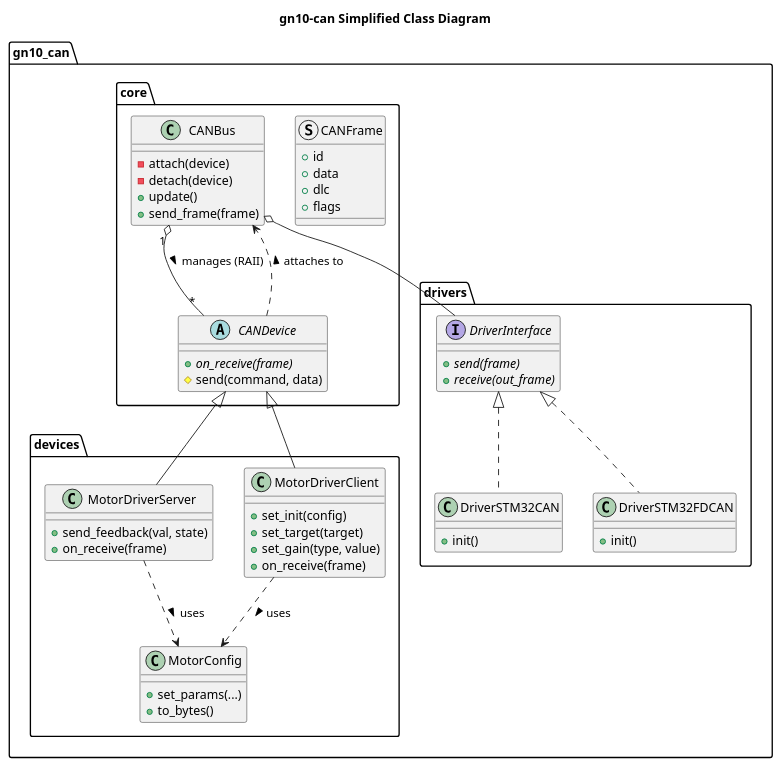
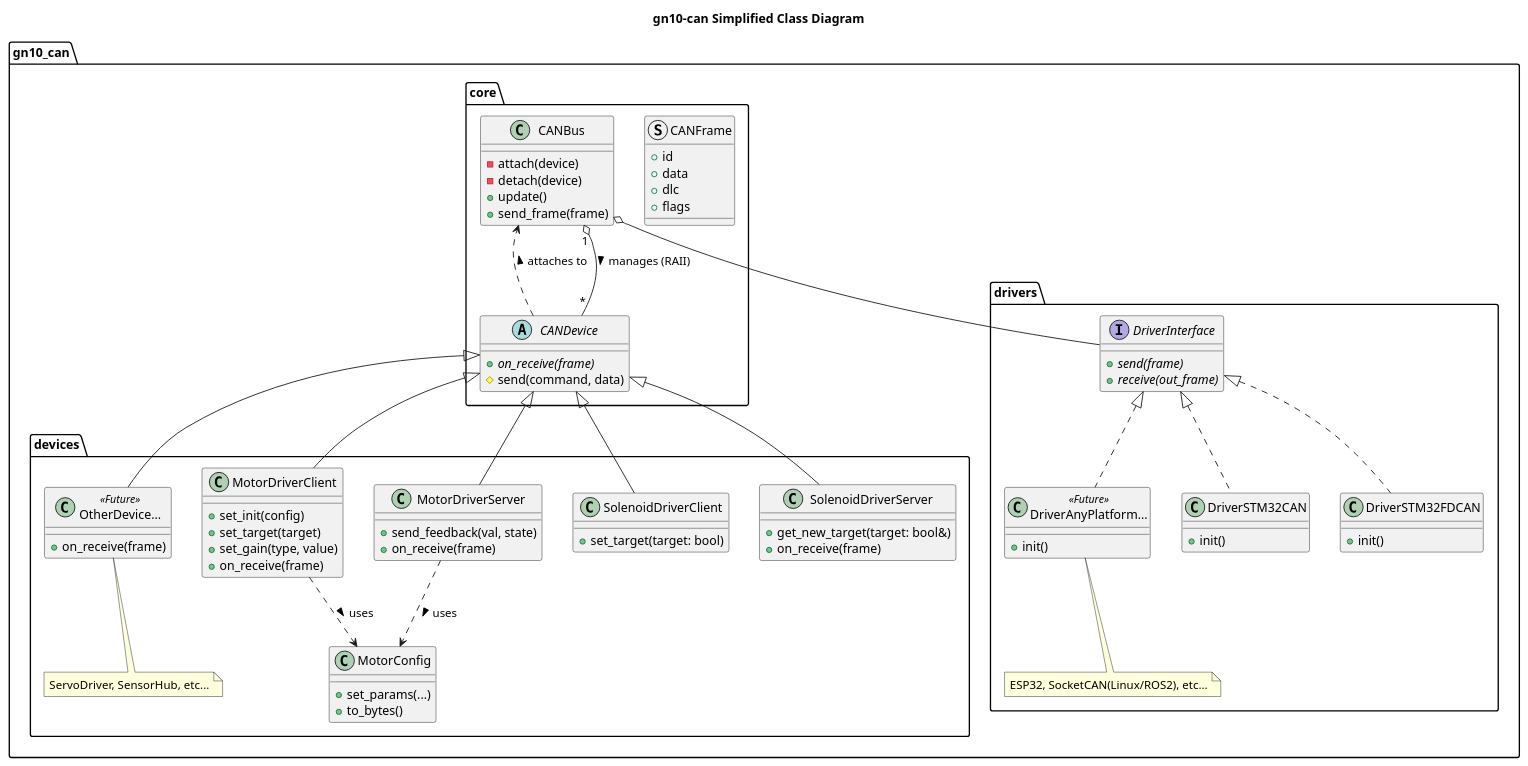
One commit to ararobo/GN10CANModels changed the diagram in uml/class_simplified.pu. Above: the diagram before and after it, drawn with PlantUML. The commit also changed 4 other files, not shown here.

Commit message:
update:UML to reflect extensibility of Device and DriverInterface

```diff
--- a/uml/class_simplified.pu
+++ b/uml/class_simplified.pu
@@ -1,73 +1,98 @@
 @startuml class_diagram_simplified
 title gn10-can Simplified Class Diagram
 
 namespace gn10_can {
 
     namespace core {
         struct CANFrame {
             + id
             + data
             + dlc
             + flags
         }
 
         class CANBus {
             - attach(device)
             - detach(device)
             + update()
             + send_frame(frame)
         }
 
         abstract class CANDevice {
             + {abstract} on_receive(frame)
             # send(command, data)
         }
     }
 
     namespace drivers {
         interface DriverInterface {
             + {abstract} send(frame)
             + {abstract} receive(out_frame)
         }
 
         class DriverSTM32CAN {
             + init()
         }
 
         class DriverSTM32FDCAN {
             + init()
         }
+
+        class "DriverAnyPlatform..." as DriverOther <<Future>> {
+            + init()
+        }
+        note "ESP32, SocketCAN(Linux/ROS2), etc..." as NoteDriverOther
+        DriverOther .. NoteDriverOther
     }
 
     namespace devices {
         class MotorDriverClient {
             + set_init(config)
             + set_target(target)
             + set_gain(type, value)
             + on_receive(frame)
         }
 
         class MotorDriverServer {
             + send_feedback(val, state)
             + on_receive(frame)
         }
 
         class MotorConfig {
             + set_params(...)
             + to_bytes()
         }
+
+        class SolenoidDriverClient {
+            + set_target(target: bool)
+        }
+
+        class SolenoidDriverServer {
+            + get_new_target(target: bool&)
+            + on_receive(frame)
+        }
+
+        class "OtherDevice..." as OtherDevice <<Future>> {
+            + on_receive(frame)
+        }
+        note "ServoDriver, SensorHub, etc..." as NoteOtherDevice
+        OtherDevice .. NoteOtherDevice
     }
 
     core.CANBus o-- drivers.DriverInterface
     core.CANBus "1" o-- "*" core.CANDevice : manages (RAII) >
     core.CANDevice <|-- devices.MotorDriverClient
     core.CANDevice <|-- devices.MotorDriverServer
+    core.CANDevice <|-- devices.SolenoidDriverClient
+    core.CANDevice <|-- devices.SolenoidDriverServer
+    core.CANDevice <|-- devices.OtherDevice
     core.CANDevice ..> core.CANBus : attaches to >
     devices.MotorDriverClient ..> devices.MotorConfig : uses >
     devices.MotorDriverServer ..> devices.MotorConfig : uses >
 
     drivers.DriverInterface <|.. drivers.DriverSTM32CAN
     drivers.DriverInterface <|.. drivers.DriverSTM32FDCAN
+    drivers.DriverInterface <|.. drivers.DriverOther
 }
 
 @enduml
```
